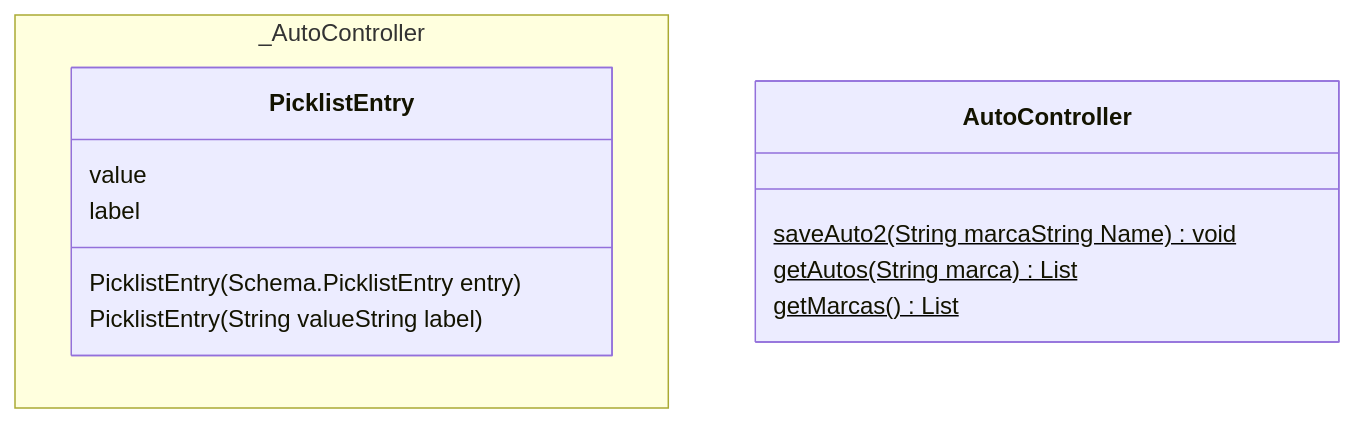
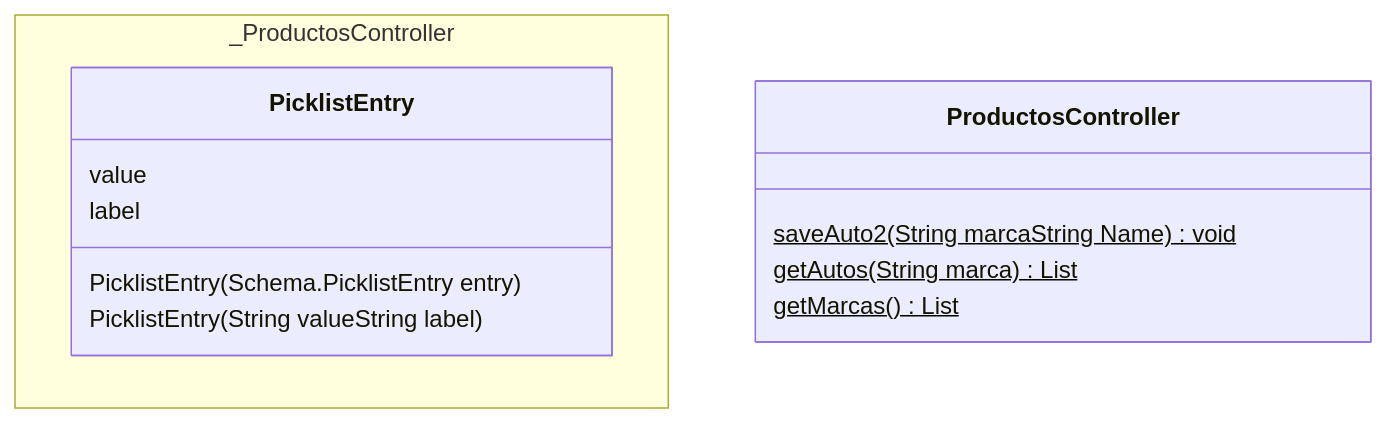
One commit to sebastianclaros/teatime changed the first of 2 diagrams in intro.md. Above: the diagram before and after it, drawn with Mermaid. The commit also changed other lines of this file and 47 other files, not shown here.

````diff
--- a/intro.md
+++ b/intro.md
@@ -13,27 +13,27 @@
 ```mermaid
 classDiagram
 
 
-    class AutoController {
+    class ProductosController {
          saveAuto2(String marcaString Name) void $
          getAutos(String marca) List $
          getMarcas() List $
 
     }
 
-    link AutoController "./diccionarios/classes/AutoController" 
+    link ProductosController "./diccionarios/classes/ProductosController" 
 
 
     class PicklistEntry {
          value     
          label     
      PicklistEntry(Schema.PicklistEntry entry)  
      PicklistEntry(String valueString label)  
 
     }
 
     link PicklistEntry "./diccionarios/classes/PicklistEntry" 
- namespace _AutoController {
+ namespace _ProductosController {
     class PicklistEntry 
 }
 ```
````
